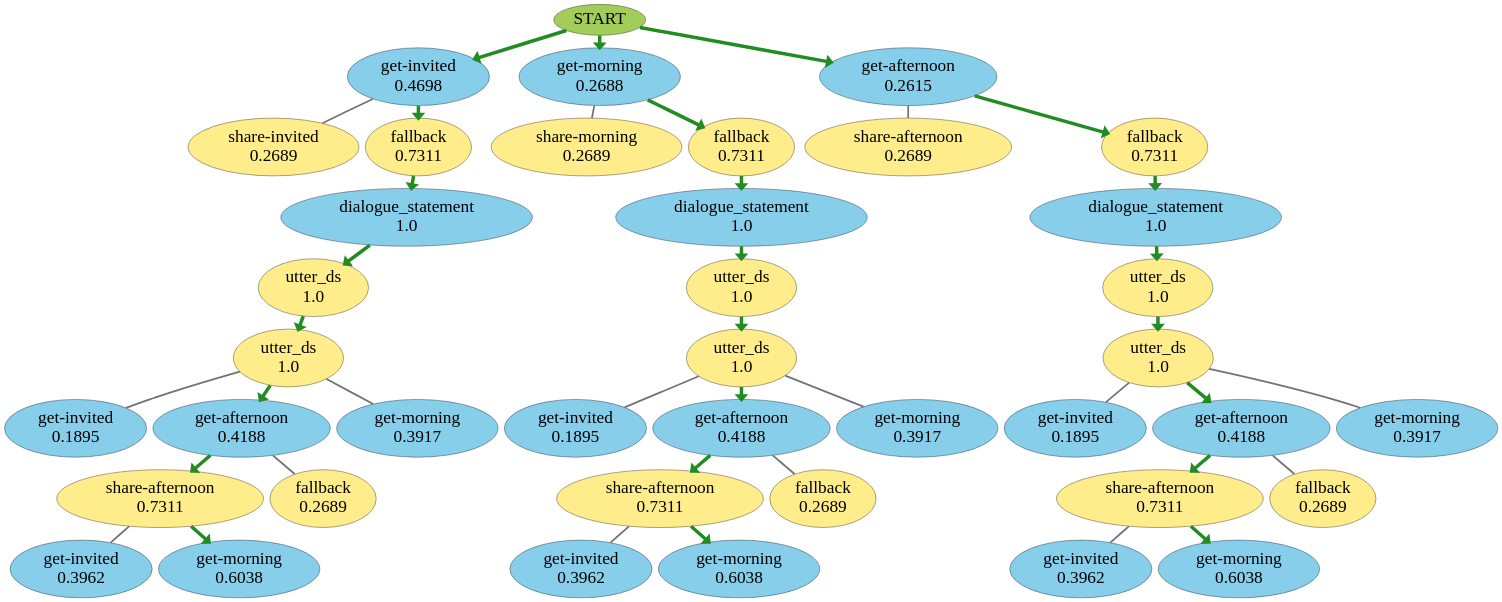
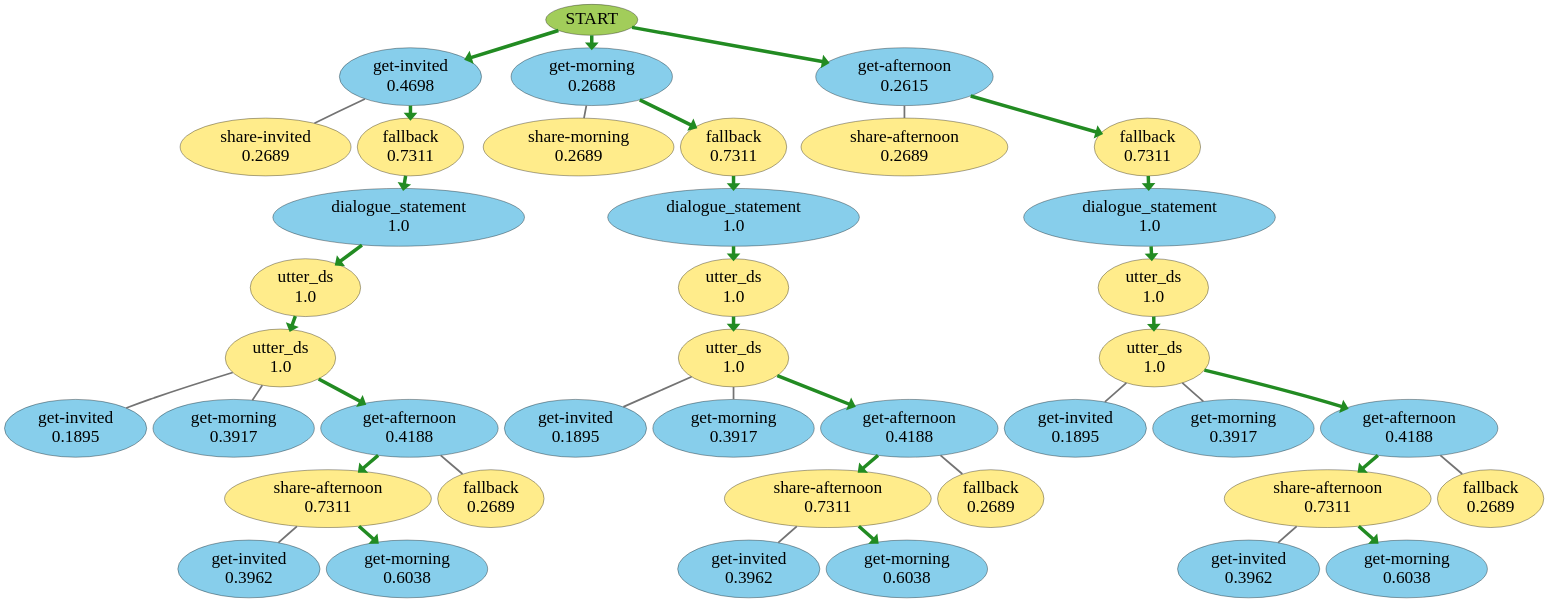
Before and after one commit to IBM/contingent-plan-executor: the diagram in icaps_crash.gv, drawn with Graphviz. The commit also changed 4 other files, not shown here.

Commit message:
optimize some of the graph creation in beam search

```diff
--- a/icaps_crash.gv
+++ b/icaps_crash.gv
@@ -1,144 +1,144 @@
 strict digraph {
 	0 [label=START fillcolor=darkolivegreen3 fontsize=50 style=filled]
 	1 [label="get-invited
 0.4698" fillcolor=skyblue fontsize=50 style=filled]
 	0 -> 1 [arrowhead=normal color=purple penwidth=10.0]
 	2 [label="get-morning
 0.2688" fillcolor=skyblue fontsize=50 style=filled]
 	0 -> 2 [arrowhead=normal color=purple penwidth=10.0]
 	3 [label="get-afternoon
 0.2615" fillcolor=skyblue fontsize=50 style=filled]
 	0 -> 3 [arrowhead=normal color=purple penwidth=10.0]
 	4 [label="share-invited
 0.2689" fillcolor=lightgoldenrod1 fontsize=50 style=filled]
 	1 -> 4 [arrowhead=none color=grey45 penwidth=5.0]
 	5 [label="fallback
 0.7311" fillcolor=lightgoldenrod1 fontsize=50 style=filled]
 	1 -> 5 [arrowhead=normal color=purple penwidth=10.0]
 	6 [label="share-morning
 0.2689" fillcolor=lightgoldenrod1 fontsize=50 style=filled]
 	2 -> 6 [arrowhead=none color=grey45 penwidth=5.0]
 	7 [label="fallback
 0.7311" fillcolor=lightgoldenrod1 fontsize=50 style=filled]
 	2 -> 7 [arrowhead=normal color=purple penwidth=10.0]
 	8 [label="share-afternoon
 0.2689" fillcolor=lightgoldenrod1 fontsize=50 style=filled]
 	3 -> 8 [arrowhead=none color=grey45 penwidth=5.0]
 	9 [label="fallback
 0.7311" fillcolor=lightgoldenrod1 fontsize=50 style=filled]
 	3 -> 9 [arrowhead=normal color=purple penwidth=10.0]
 	10 [label="dialogue_statement
 1.0" fillcolor=skyblue fontsize=50 style=filled]
 	5 -> 10 [arrowhead=normal color=purple penwidth=10.0]
 	11 [label="dialogue_statement
 1.0" fillcolor=skyblue fontsize=50 style=filled]
 	7 -> 11 [arrowhead=normal color=purple penwidth=10.0]
 	12 [label="dialogue_statement
 1.0" fillcolor=skyblue fontsize=50 style=filled]
 	9 -> 12 [arrowhead=normal color=purple penwidth=10.0]
 	13 [label="utter_ds
 1.0" fillcolor=lightgoldenrod1 fontsize=50 style=filled]
 	10 -> 13 [arrowhead=normal color=purple penwidth=10.0]
 	14 [label="utter_ds
 1.0" fillcolor=lightgoldenrod1 fontsize=50 style=filled]
 	11 -> 14 [arrowhead=normal color=purple penwidth=10.0]
 	15 [label="utter_ds
 1.0" fillcolor=lightgoldenrod1 fontsize=50 style=filled]
 	12 -> 15 [arrowhead=normal color=purple penwidth=10.0]
 	16 [label="utter_ds
 1.0" fillcolor=lightgoldenrod1 fontsize=50 style=filled]
 	13 -> 16 [arrowhead=normal color=purple penwidth=10.0]
 	17 [label="utter_ds
 1.0" fillcolor=lightgoldenrod1 fontsize=50 style=filled]
 	14 -> 17 [arrowhead=normal color=purple penwidth=10.0]
 	18 [label="utter_ds
 1.0" fillcolor=lightgoldenrod1 fontsize=50 style=filled]
 	15 -> 18 [arrowhead=normal color=purple penwidth=10.0]
 	19 [label="get-invited
 0.1895" fillcolor=skyblue fontsize=50 style=filled]
 	16 -> 19 [arrowhead=none color=grey45 penwidth=5.0]
-	20 [label="get-afternoon
+	20 [label="get-morning
+0.3917" fillcolor=skyblue fontsize=50 style=filled]
+	16 -> 20 [arrowhead=none color=grey45 penwidth=5.0]
+	21 [label="get-afternoon
 0.4188" fillcolor=skyblue fontsize=50 style=filled]
-	16 -> 20 [arrowhead=normal color=purple penwidth=10.0]
-	21 [label="get-morning
-0.3917" fillcolor=skyblue fontsize=50 style=filled]
-	16 -> 21 [arrowhead=none color=grey45 penwidth=5.0]
+	16 -> 21 [arrowhead=normal color=purple penwidth=10.0]
 	22 [label="get-invited
 0.1895" fillcolor=skyblue fontsize=50 style=filled]
 	17 -> 22 [arrowhead=none color=grey45 penwidth=5.0]
-	23 [label="get-afternoon
+	23 [label="get-morning
+0.3917" fillcolor=skyblue fontsize=50 style=filled]
+	17 -> 23 [arrowhead=none color=grey45 penwidth=5.0]
+	24 [label="get-afternoon
 0.4188" fillcolor=skyblue fontsize=50 style=filled]
-	17 -> 23 [arrowhead=normal color=purple penwidth=10.0]
-	24 [label="get-morning
-0.3917" fillcolor=skyblue fontsize=50 style=filled]
-	17 -> 24 [arrowhead=none color=grey45 penwidth=5.0]
+	17 -> 24 [arrowhead=normal color=purple penwidth=10.0]
 	25 [label="get-invited
 0.1895" fillcolor=skyblue fontsize=50 style=filled]
 	18 -> 25 [arrowhead=none color=grey45 penwidth=5.0]
-	26 [label="get-afternoon
+	26 [label="get-morning
+0.3917" fillcolor=skyblue fontsize=50 style=filled]
+	18 -> 26 [arrowhead=none color=grey45 penwidth=5.0]
+	27 [label="get-afternoon
 0.4188" fillcolor=skyblue fontsize=50 style=filled]
-	18 -> 26 [arrowhead=normal color=purple penwidth=10.0]
-	27 [label="get-morning
-0.3917" fillcolor=skyblue fontsize=50 style=filled]
-	18 -> 27 [arrowhead=none color=grey45 penwidth=5.0]
+	18 -> 27 [arrowhead=normal color=purple penwidth=10.0]
 	28 [label="share-afternoon
 0.7311" fillcolor=lightgoldenrod1 fontsize=50 style=filled]
-	20 -> 28 [arrowhead=normal color=purple penwidth=10.0]
+	21 -> 28 [arrowhead=normal color=purple penwidth=10.0]
 	29 [label="fallback
 0.2689" fillcolor=lightgoldenrod1 fontsize=50 style=filled]
-	20 -> 29 [arrowhead=none color=grey45 penwidth=5.0]
+	21 -> 29 [arrowhead=none color=grey45 penwidth=5.0]
 	30 [label="share-afternoon
 0.7311" fillcolor=lightgoldenrod1 fontsize=50 style=filled]
-	23 -> 30 [arrowhead=normal color=purple penwidth=10.0]
+	24 -> 30 [arrowhead=normal color=purple penwidth=10.0]
 	31 [label="fallback
 0.2689" fillcolor=lightgoldenrod1 fontsize=50 style=filled]
-	23 -> 31 [arrowhead=none color=grey45 penwidth=5.0]
+	24 -> 31 [arrowhead=none color=grey45 penwidth=5.0]
 	32 [label="share-afternoon
 0.7311" fillcolor=lightgoldenrod1 fontsize=50 style=filled]
-	26 -> 32 [arrowhead=normal color=purple penwidth=10.0]
+	27 -> 32 [arrowhead=normal color=purple penwidth=10.0]
 	33 [label="fallback
 0.2689" fillcolor=lightgoldenrod1 fontsize=50 style=filled]
-	26 -> 33 [arrowhead=none color=grey45 penwidth=5.0]
+	27 -> 33 [arrowhead=none color=grey45 penwidth=5.0]
 	34 [label="get-invited
 0.3962" fillcolor=skyblue fontsize=50 style=filled]
 	28 -> 34 [arrowhead=none color=grey45 penwidth=5.0]
 	35 [label="get-morning
 0.6038" fillcolor=skyblue fontsize=50 style=filled]
 	28 -> 35 [arrowhead=normal color=purple penwidth=10.0]
 	36 [label="get-invited
 0.3962" fillcolor=skyblue fontsize=50 style=filled]
 	30 -> 36 [arrowhead=none color=grey45 penwidth=5.0]
 	37 [label="get-morning
 0.6038" fillcolor=skyblue fontsize=50 style=filled]
 	30 -> 37 [arrowhead=normal color=purple penwidth=10.0]
 	38 [label="get-invited
 0.3962" fillcolor=skyblue fontsize=50 style=filled]
 	32 -> 38 [arrowhead=none color=grey45 penwidth=5.0]
 	39 [label="get-morning
 0.6038" fillcolor=skyblue fontsize=50 style=filled]
 	32 -> 39 [arrowhead=normal color=purple penwidth=10.0]
 	0 -> 1 [arrowhead=normal color=forestgreen penwidth=10.0]
 	1 -> 5 [arrowhead=normal color=forestgreen penwidth=10.0]
 	5 -> 10 [arrowhead=normal color=forestgreen penwidth=10.0]
 	10 -> 13 [arrowhead=normal color=forestgreen penwidth=10.0]
 	13 -> 16 [arrowhead=normal color=forestgreen penwidth=10.0]
-	16 -> 20 [arrowhead=normal color=forestgreen penwidth=10.0]
-	20 -> 28 [arrowhead=normal color=forestgreen penwidth=10.0]
+	16 -> 21 [arrowhead=normal color=forestgreen penwidth=10.0]
+	21 -> 28 [arrowhead=normal color=forestgreen penwidth=10.0]
 	28 -> 35 [arrowhead=normal color=forestgreen penwidth=10.0]
 	0 -> 2 [arrowhead=normal color=forestgreen penwidth=10.0]
 	2 -> 7 [arrowhead=normal color=forestgreen penwidth=10.0]
 	7 -> 11 [arrowhead=normal color=forestgreen penwidth=10.0]
 	11 -> 14 [arrowhead=normal color=forestgreen penwidth=10.0]
 	14 -> 17 [arrowhead=normal color=forestgreen penwidth=10.0]
-	17 -> 23 [arrowhead=normal color=forestgreen penwidth=10.0]
-	23 -> 30 [arrowhead=normal color=forestgreen penwidth=10.0]
+	17 -> 24 [arrowhead=normal color=forestgreen penwidth=10.0]
+	24 -> 30 [arrowhead=normal color=forestgreen penwidth=10.0]
 	30 -> 37 [arrowhead=normal color=forestgreen penwidth=10.0]
 	0 -> 3 [arrowhead=normal color=forestgreen penwidth=10.0]
 	3 -> 9 [arrowhead=normal color=forestgreen penwidth=10.0]
 	9 -> 12 [arrowhead=normal color=forestgreen penwidth=10.0]
 	12 -> 15 [arrowhead=normal color=forestgreen penwidth=10.0]
 	15 -> 18 [arrowhead=normal color=forestgreen penwidth=10.0]
-	18 -> 26 [arrowhead=normal color=forestgreen penwidth=10.0]
-	26 -> 32 [arrowhead=normal color=forestgreen penwidth=10.0]
+	18 -> 27 [arrowhead=normal color=forestgreen penwidth=10.0]
+	27 -> 32 [arrowhead=normal color=forestgreen penwidth=10.0]
 	32 -> 39 [arrowhead=normal color=forestgreen penwidth=10.0]
 }
```
